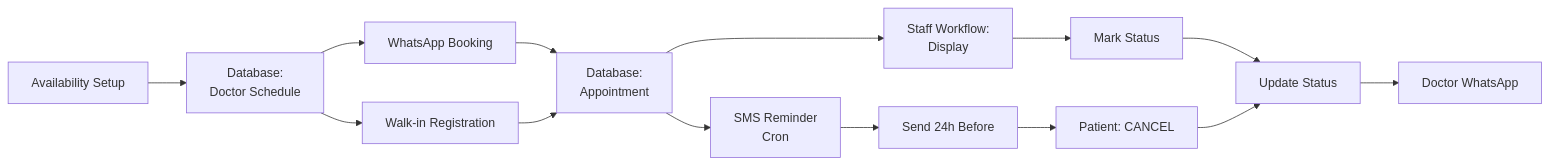
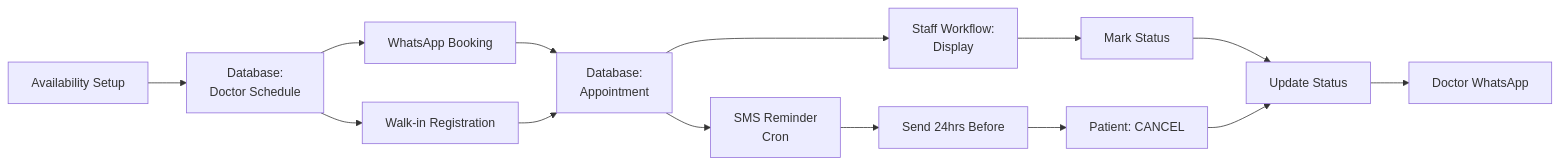
The seventh of 7 diagrams in PM_DOCS/User_Flow_Diagrams.md (vatsla20/Dentist-AI-Docs), drawn with Mermaid before and after one commit. The commit also changed other lines of this file and 1 other file, not shown here.

````diff
--- a/PM_DOCS/User_Flow_Diagrams.md
+++ b/PM_DOCS/User_Flow_Diagrams.md
@@ -667,16 +667,16 @@
 ```mermaid
 flowchart LR
     A[WhatsApp Booking] --> B[Database:<br/>Appointment]
     C[Walk-in Registration] --> B
     B --> D[Staff Workflow:<br/>Display]
     D --> E[Mark Status]
     E --> F[Update Status]
     B --> G[SMS Reminder<br/>Cron]
-    G --> H[Send 24h Before]
+    G --> H[Send 24hrs Before]
     H --> I[Patient: CANCEL]
     I --> F
     F --> J[Doctor WhatsApp]
     K[Availability Setup] --> L[Database:<br/>Doctor Schedule]
     L --> A
     L --> C
 ```
````
